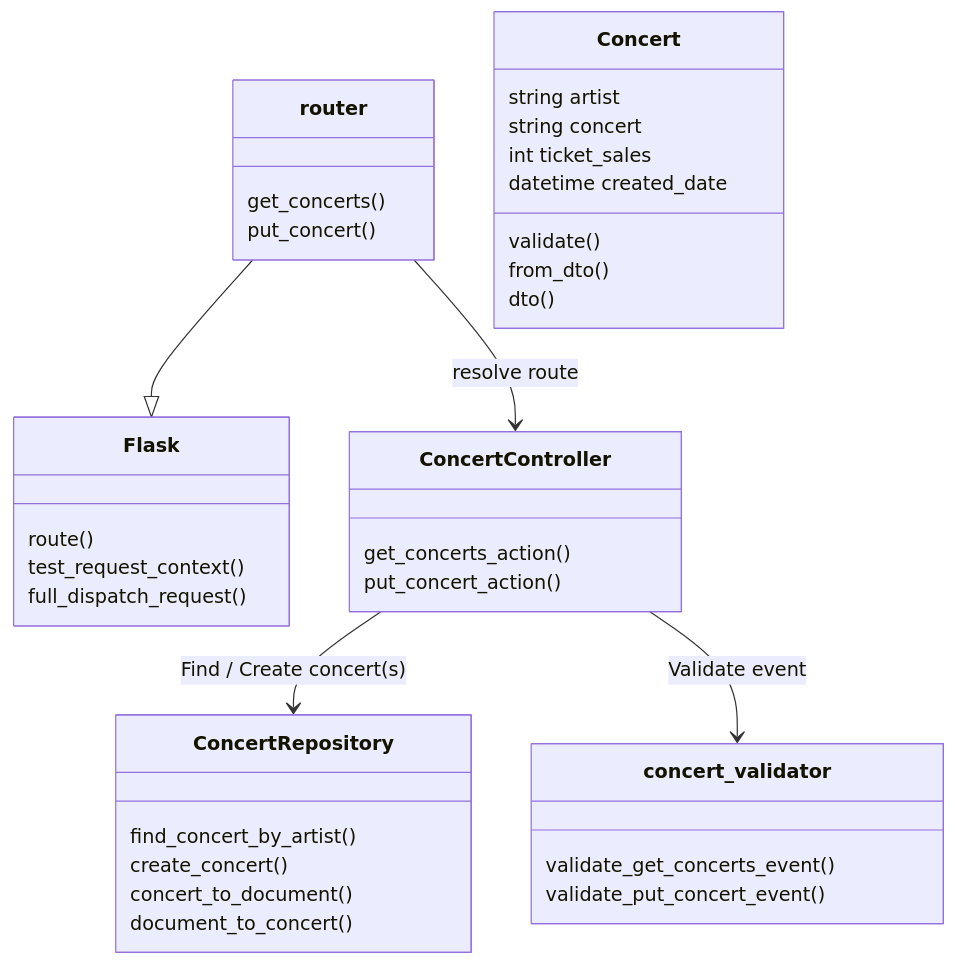
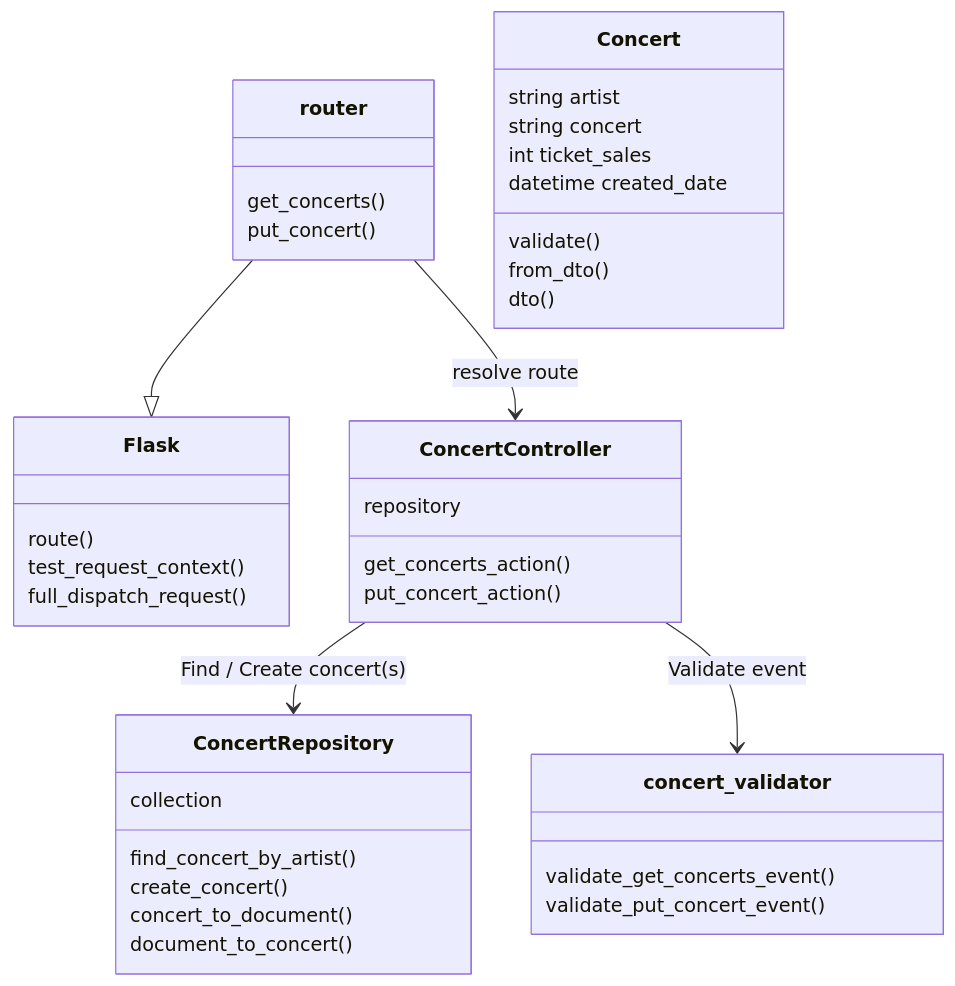
Before and after one commit to moonline/Lab.GCP.API-Gateway: the third of 4 diagrams in README.md, drawn with Mermaid. The commit also changed other lines of this file, not shown here.

````diff
--- a/README.md
+++ b/README.md
@@ -84,42 +91,46 @@
 ```mermaid
 classDiagram
 
 class Flask {
    route()
    test_request_context()
    full_dispatch_request()
 }
 
 router --|> Flask
 router: get_concerts()
 router: put_concert()
 router --> ConcertController: resolve route
 
 class ConcertController {
+   repository
+
    get_concerts_action()
    put_concert_action()
 }
 ConcertController --> ConcertRepository: Find / Create concert(s)
 ConcertController --> concert_validator: Validate event
 
 concert_validator: validate_get_concerts_event()
 concert_validator: validate_put_concert_event()
 
 class Concert {
    string artist
    string concert
    int ticket_sales
    datetime created_date
 
    validate()
    from_dto()
    dto()
 }
 
 class ConcertRepository {
+   collection
+
    find_concert_by_artist()
    create_concert()
    concert_to_document()
    document_to_concert()
 }
 ```
````
